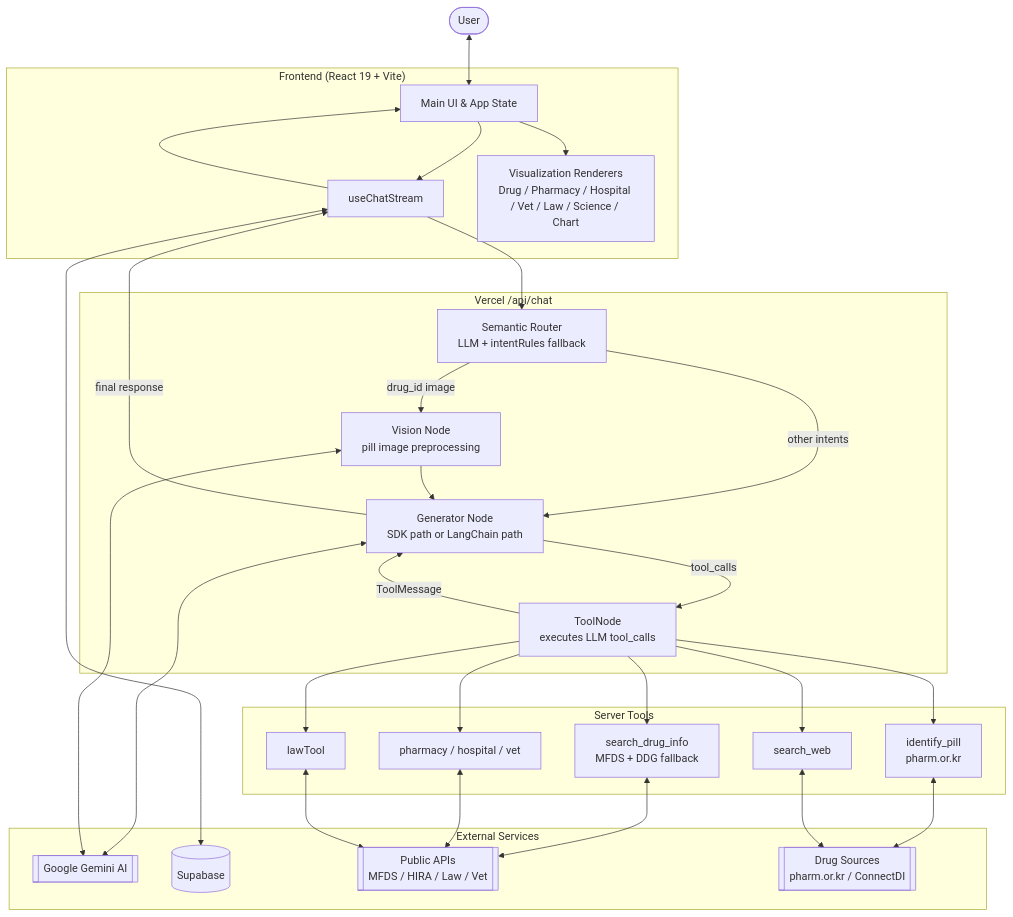
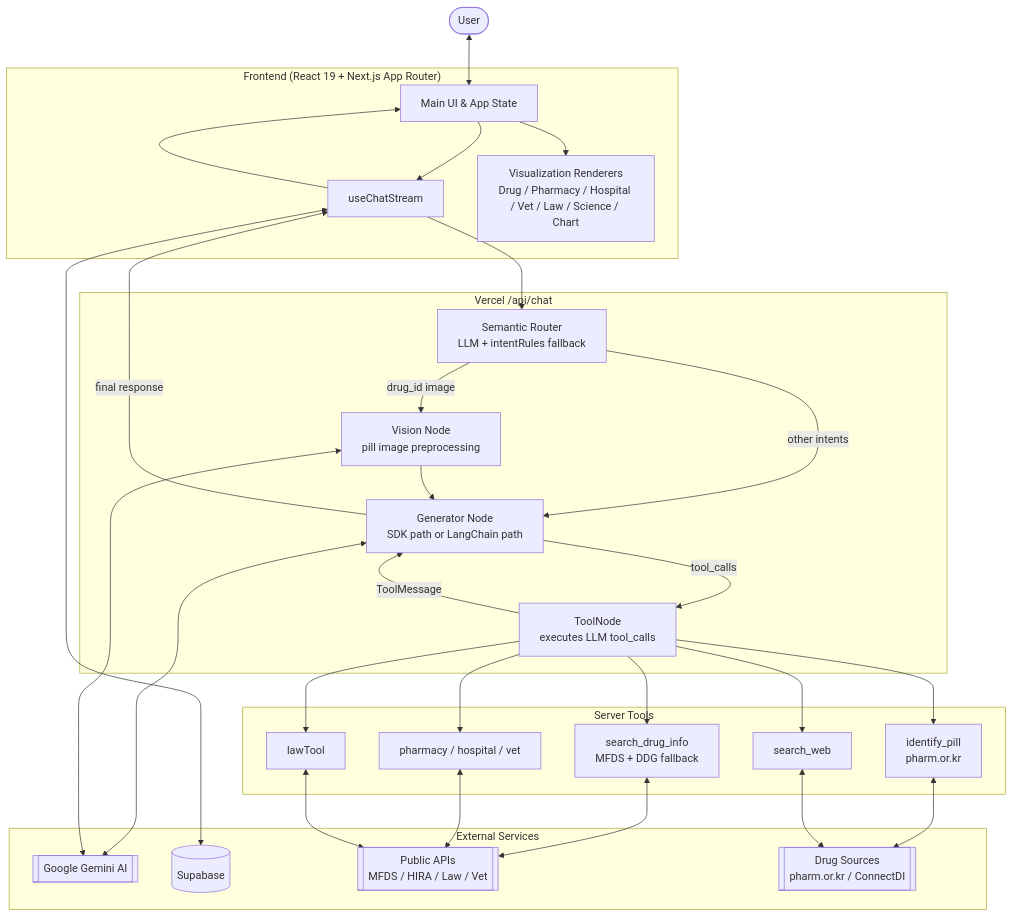
Before and after one commit to jpjp92/chat-agent: the first of 6 diagrams in README.md, drawn with Mermaid. The commit also changed other lines of this file and 14 other files, not shown here.

````diff
--- a/README.md
+++ b/README.md
@@ -83,58 +83,58 @@
 ```mermaid
 flowchart TB
     User([User])
 
-    subgraph Frontend ["Frontend (React 19 + Vite)"]
+    subgraph Frontend ["Frontend (React 19 + Next.js App Router)"]
         UI[Main UI & App State]
         Stream[useChatStream]
         Renderers["Visualization Renderers\nDrug / Pharmacy / Hospital / Vet / Law / Science / Chart"]
     end
 
     subgraph ChatAPI ["Vercel /api/chat"]
         Router["Semantic Router\nLLM + intentRules fallback"]
         Vision["Vision Node\npill image preprocessing"]
         Generator["Generator Node\nSDK path or LangChain path"]
         ToolNode["ToolNode\nexecutes LLM tool_calls"]
     end
 
     subgraph Tools ["Server Tools"]
         DrugLookup["identify_pill\npharm.or.kr"]
         DrugInfo["search_drug_info\nMFDS + DDG fallback"]
         LocationTools["pharmacy / hospital / vet"]
         LawTool["lawTool"]
         WebSearch["search_web"]
     end
 
     subgraph External ["External Services"]
         Gemini[["Google Gemini AI"]]
         Supabase[("Supabase")]
         PublicAPIs[["Public APIs\nMFDS / HIRA / Law / Vet"]]
         DrugSites[["Drug Sources\npharm.or.kr / ConnectDI"]]
     end
 
     User <--> UI
     UI --> Stream
     Stream --> Router
     Router -- "drug_id image" --> Vision
     Router -- "other intents" --> Generator
     Vision --> Generator
     Generator -- "tool_calls" --> ToolNode
     ToolNode -- "ToolMessage" --> Generator
     Generator -- "final response" --> Stream
     Stream --> UI
     UI --> Renderers
 
     Generator <--> Gemini
     Vision <--> Gemini
     ToolNode --> DrugLookup
     ToolNode --> DrugInfo
     ToolNode --> LocationTools
     ToolNode --> LawTool
     ToolNode --> WebSearch
     DrugLookup <--> DrugSites
     DrugInfo <--> PublicAPIs
     LocationTools <--> PublicAPIs
     LawTool <--> PublicAPIs
     WebSearch <--> DrugSites
     Stream <--> Supabase
 ```
````
